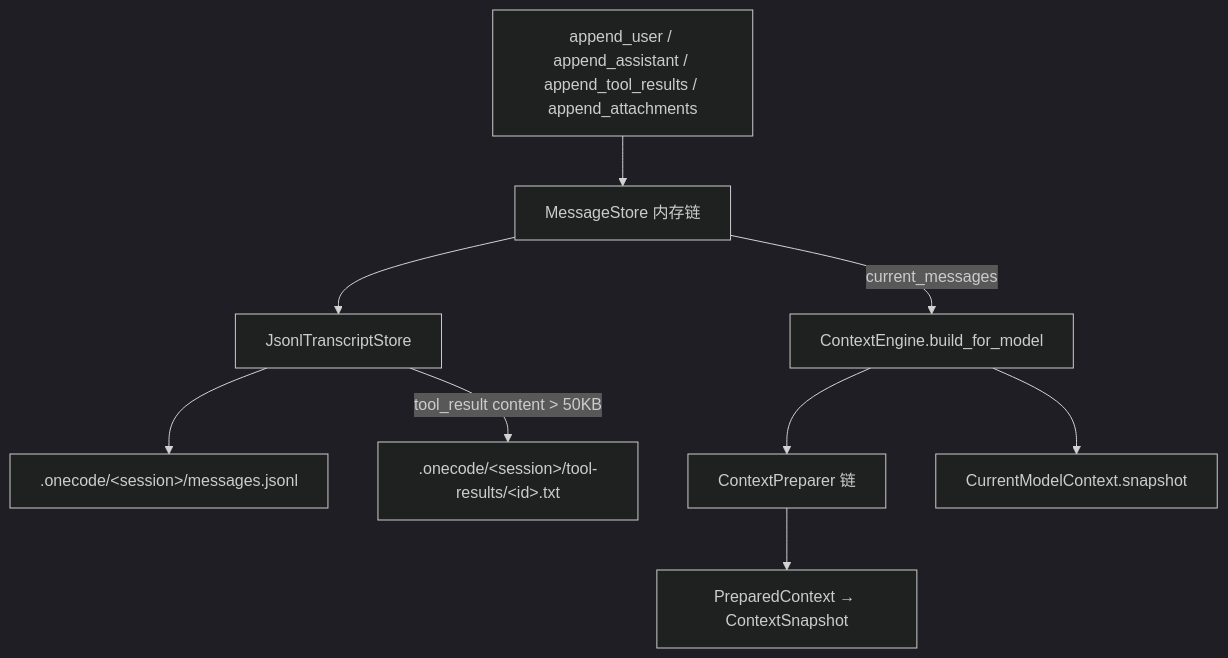
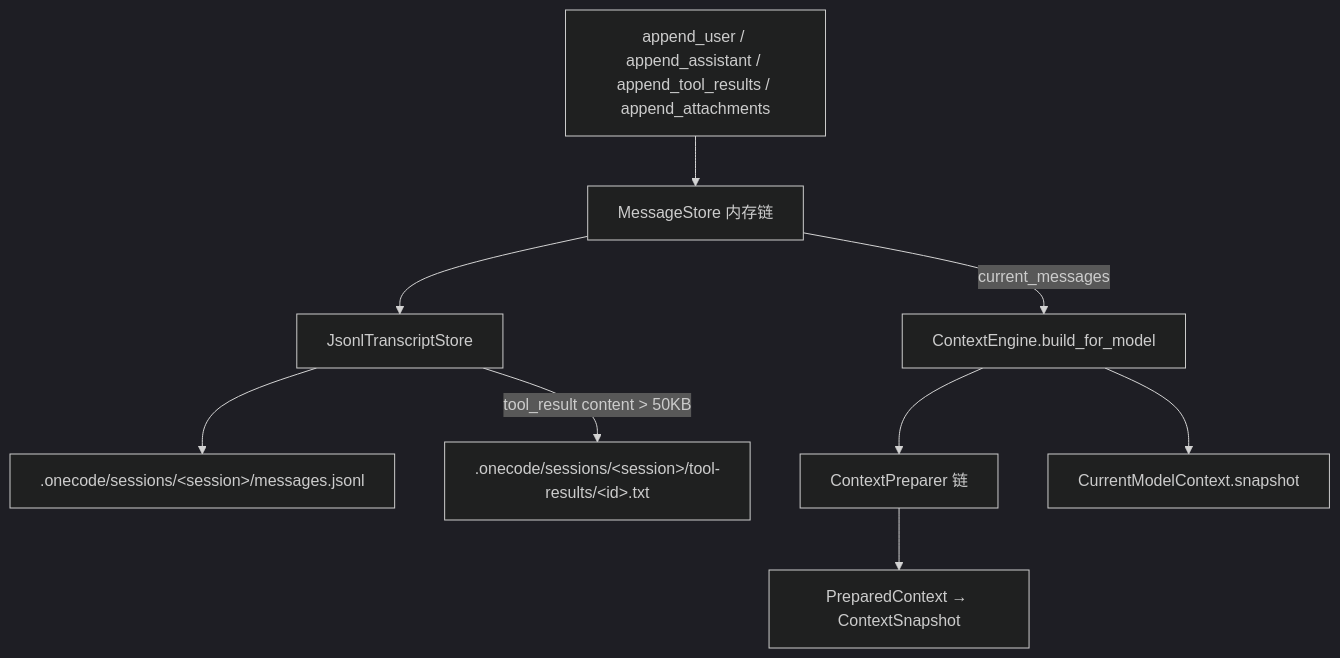
The diagram in docs/design-docs/context-architecture.md (EtherealStar/OneCode), drawn with Mermaid (dark theme) before and after one commit. The commit also changed other lines of this file and 22 other files, not shown here.

````diff
--- a/docs/design-docs/context-architecture.md
+++ b/docs/design-docs/context-architecture.md
@@ -53,12 +53,12 @@
 ```mermaid
 flowchart TD
   User["append_user / append_assistant / append_tool_results / append_attachments"] --> Mem["MessageStore 内存链"]
   Mem --> Tr["JsonlTranscriptStore"]
-  Tr --> Jsonl[".onecode/&lt;session&gt;/messages.jsonl"]
-  Tr -->|tool_result content > 50KB| Ext[".onecode/&lt;session&gt;/tool-results/&lt;id&gt;.txt"]
+  Tr --> Jsonl[".onecode/sessions/&lt;session&gt;/messages.jsonl"]
+  Tr -->|tool_result content > 50KB| Ext[".onecode/sessions/&lt;session&gt;/tool-results/&lt;id&gt;.txt"]
 
   Mem -->|current_messages| Engine["ContextEngine.build_for_model"]
   Engine --> Prep["ContextPreparer 链"]
   Prep --> Snap["PreparedContext → ContextSnapshot"]
   Engine --> Holder["CurrentModelContext.snapshot"]
 ```
````
